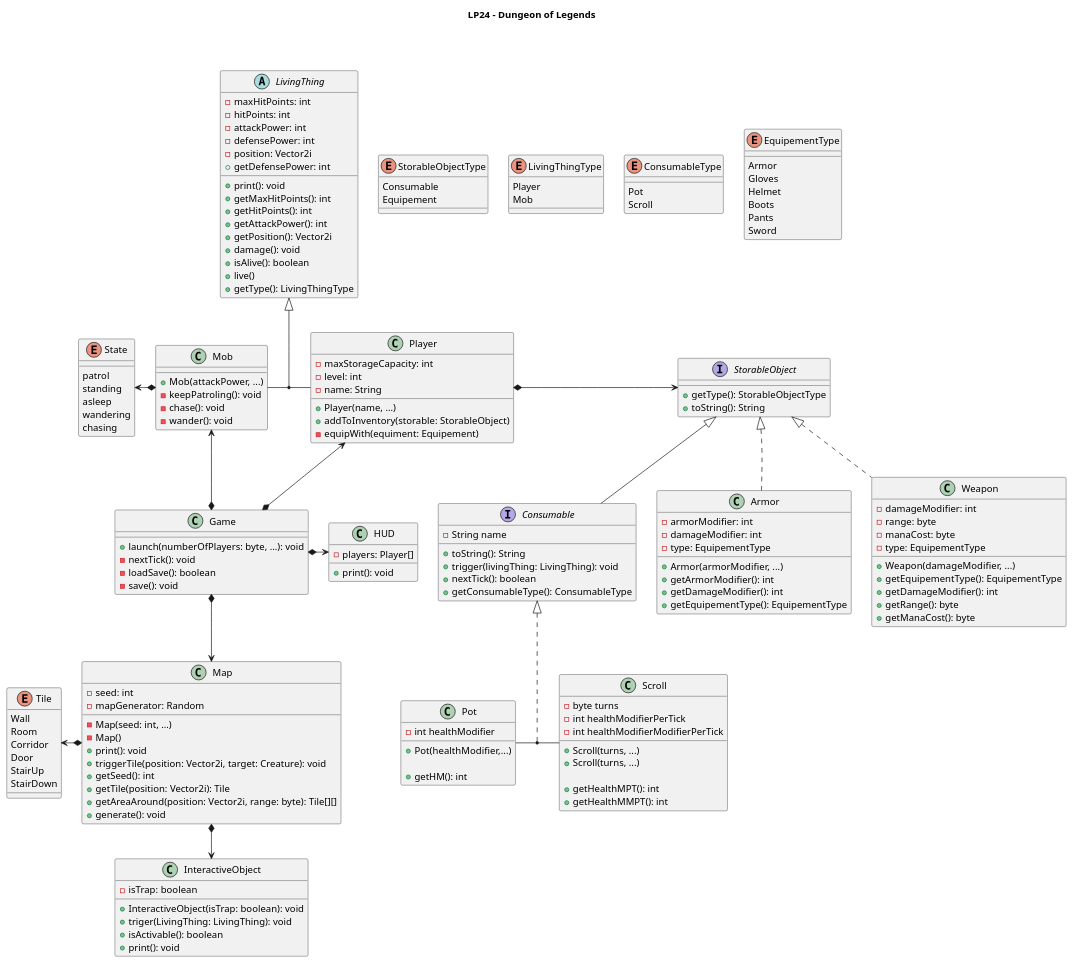
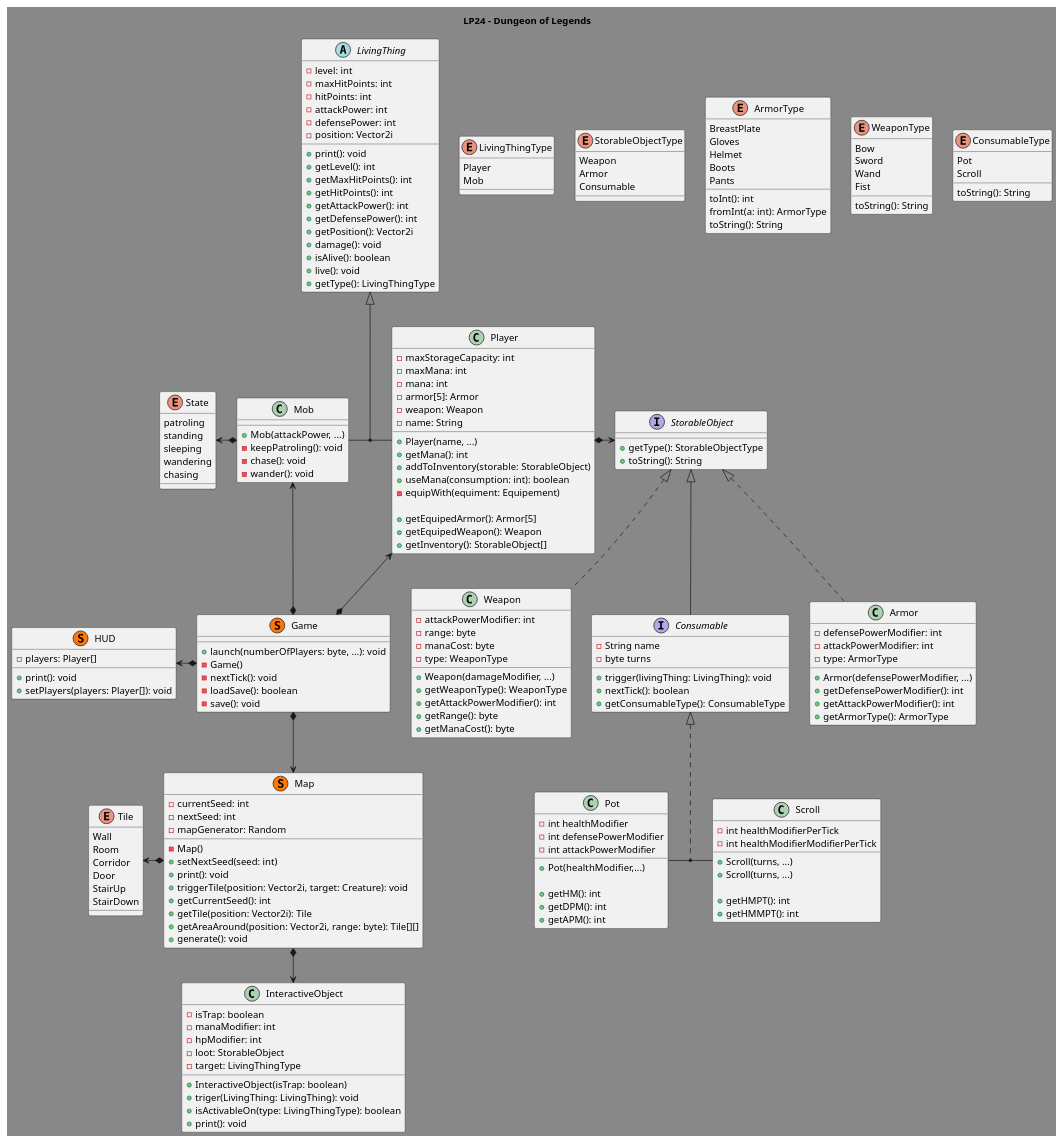
One commit to TiWinDeTea/Raoul-the-Game changed the diagram in diagram.puml. Above: the diagram before and after it, drawn with PlantUML.

```diff
--- a/diagram.puml
+++ b/diagram.puml
@@ -2,29 +2,40 @@
 @startuml
 title LP24 - Dungeon of Legends
+
 skinparam {
     nodesep 30
     ranksep 51
+    backgroundcolor #888888
 }
 
 enum ConsumableType{
-__
     Pot
     Scroll
+    toString(): String
 }
 
-enum EquipementType{
-__
-    Armor
+enum WeaponType{
+    Bow
+    Sword
+    Wand
+    Fist
+    toString(): String
+}
+
+enum ArmorType{
+    BreastPlate
     Gloves
     Helmet
     Boots
     Pants
-    Sword
+    toInt(): int
+    fromInt(a: int): ArmorType
+    toString(): String
 }
-
 enum StorableObjectType{
+    Weapon
+    Armor
     Consumable
-    Equipement
 }
 
 enum LivingThingType{
@@ -41,9 +52,10 @@
     StairDown
 }
 
-LivingThingType -[hidden]right- ConsumableType
-ConsumableType -[hidden]left- StorableObjectType
-
+LivingThingType -[hidden]right- StorableObjectType
+ArmorType -[hidden]left- StorableObjectType
+WeaponType -[hidden]left- ArmorType
+WeaponType -[hidden]right- ConsumableType
 
 interface StorableObject{
     + getType(): StorableObjectType
@@ -53,7 +65,7 @@
 
 interface Consumable{
     - String name
-    + toString(): String
+    - byte turns
     + trigger(livingThing: LivingThing): void
     + nextTick(): boolean
     + getConsumableType(): ConsumableType
@@ -62,49 +74,52 @@
 
 
 class Armor{
-    - armorModifier: int
-    - damageModifier: int
-    - type: EquipementType
-    + Armor(armorModifier, ...)
-    + getArmorModifier(): int
-    + getDamageModifier(): int
-    + getEquipementType(): EquipementType
+    - defensePowerModifier: int
+    - attackPowerModifier: int
+    - type: ArmorType
+    + Armor(defensePowerModifier, ...)
+    + getDefensePowerModifier(): int
+    + getAttackPowerModifier(): int
+    + getArmorType(): ArmorType
 }
 Armor -[hidden]up-> StorableObject
 Consumable -[hidden]right- Armor
 StorableObject <|.. Armor
 
 class Weapon{
-    - damageModifier: int
+    - attackPowerModifier: int
     - range: byte
     - manaCost: byte
-    - type: EquipementType
+    - type: WeaponType
     + Weapon(damageModifier, ...)
-    + getEquipementType(): EquipementType
-    + getDamageModifier(): int
+    + getWeaponType(): WeaponType
+    + getAttackPowerModifier(): int
     + getRange(): byte
     + getManaCost(): byte
 }
 StorableObject <|.. Weapon
 
 class Scroll{
-    - byte turns
     - int healthModifierPerTick
     - int healthModifierModifierPerTick
     + Scroll(turns, ...)
     + Scroll(turns, ...)
 
     'For saving purposes
-    + getHealthMPT(): int
-    + getHealthMMPT(): int
+    + getHMPT(): int
+    + getHMMPT(): int
 }
 
 class Pot{
     - int healthModifier
+    - int defensePowerModifier
+    - int attackPowerModifier
     + Pot(healthModifier,...)
 
     'For saving purposes
     + getHM(): int
+    + getDPM(): int
+    + getAPM(): int
 }
 Pot -[hidden]up-> Consumable
 Scroll -[hidden]up-> Consumable
@@ -112,30 +127,42 @@
 Consumable <|.. (Pot, Scroll)
 
 abstract class LivingThing{
+    - level: int
     - maxHitPoints: int
     - hitPoints: int
     - attackPower: int
     - defensePower: int
     - position: Vector2i
     + print(): void
+    + getLevel(): int
     + getMaxHitPoints(): int
     + getHitPoints(): int
     + getAttackPower(): int
-    + getDefensePower: int
+    + getDefensePower(): int
     + getPosition(): Vector2i
     + damage(): void
     + isAlive(): boolean
-    + live()
+    + live(): void
     + getType(): LivingThingType
 }
 
 class Player{
     - maxStorageCapacity: int
-    - level: int
+    - maxMana: int
+    - mana: int
+    - armor[5]: Armor
+    - weapon: Weapon
     - name: String
     + Player(name, ...)
+    + getMana(): int
     + addToInventory(storable: StorableObject)
+    + useMana(consumption: int): boolean
     - equipWith(equiment: Equipement)
+
+    'For saving purposes
+    + getEquipedArmor(): Armor[5]
+    + getEquipedWeapon(): Weapon
+    + getInventory(): StorableObject[]
 }
 
 Player *-right-> StorableObject
@@ -152,8 +179,9 @@
 Mob -[hidden]up-> LivingThing
 LivingThing <|-- (Mob, Player)
 
-class Game{
+class Game << (S, #FF7700) >>{
     + launch(numberOfPlayers: byte, ...): void
+    - Game()
     - nextTick(): void
     - loadSave(): boolean
     - save(): void
@@ -161,16 +189,17 @@
 Game *-up-> Mob
 Game *-up-> Player
 Game *--> Map
-Game *-> HUD
+Game *-left-> HUD
 
-class Map{
-    - seed: int
+class Map << (S, #FF7700) >>{
+    - currentSeed: int
+    - nextSeed: int
     - mapGenerator: Random
-    - Map(seed: int, ...)
     - Map()
+    + setNextSeed(seed: int)
     + print(): void
     + triggerTile(position: Vector2i, target: Creature): void
-    + getSeed(): int
+    + getCurrentSeed(): int
     + getTile(position: Vector2i): Tile
     + getAreaAround(position: Vector2i, range: byte): Tile[][]
     + generate(): void
@@ -179,24 +208,28 @@
 Map *-left-> Tile
 
 enum State{
-__
-    patrol
+    patroling
     standing
-    asleep
+    sleeping
     wandering
     chasing
 }
 
-class HUD{
+class HUD << (S, #FF7700) >>{
     - players: Player[]
     + print(): void
+    + setPlayers(players: Player[]): void
 }
 
 class InteractiveObject{
     - isTrap: boolean
-    + InteractiveObject(isTrap: boolean): void
+    - manaModifier: int
+    - hpModifier: int
+    - loot: StorableObject
+    - target: LivingThingType
+    + InteractiveObject(isTrap: boolean)
     + triger(LivingThing: LivingThing): void
-    + isActivable(): boolean
+    + isActivableOn(type: LivingThingType): boolean
     + print(): void
 }
 @enduml
```
